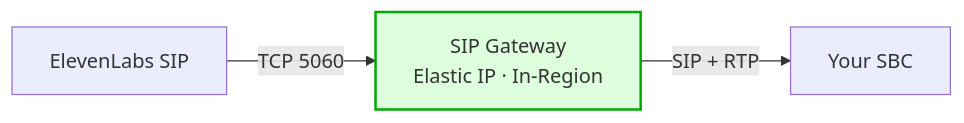
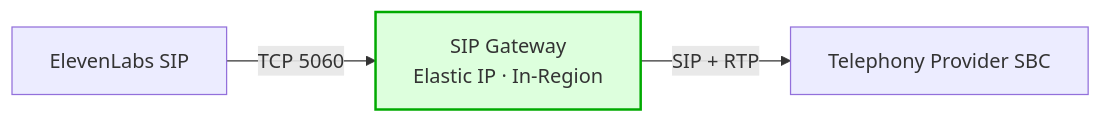
One commit to shiragannavar/sip-gateway-aws changed the second of 3 diagrams in README.md. Above: the diagram before and after it, drawn with Mermaid. The commit also changed other lines of this file and 6 other files, not shown here.

First line of the commit message:
Fix terminology: customer SBC → telephony provider SBC

````diff
--- a/README.md
+++ b/README.md
@@ -39,6 +39,6 @@
 ```mermaid
 graph LR
     LK[ElevenLabs SIP] -->|TCP 5060| GW["SIP Gateway<br/>Elastic IP · In-Region"]
-    GW -->|SIP + RTP| SBC[Your SBC]
+    GW -->|SIP + RTP| SBC[Telephony Provider SBC]
     style GW fill:#dfd,stroke:#0a0,stroke-width:2px
 ```
````
